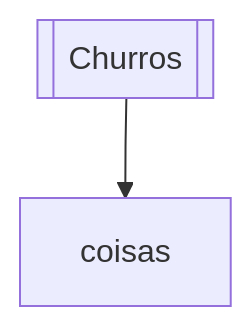
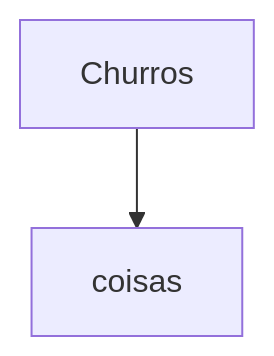
The diagram in Pão.md (LucasDiasR/Receitas), drawn with Mermaid before and after one commit.

Commit message:
Atualizar o Pão.md

````diff
--- a/Pão.md
+++ b/Pão.md
@@ -17,10 +17,9 @@
 ```mermaid
 
 flowchart TB
-a[[Churros]]
-click a "[[Churros]]"
+a[Churros]
 
 a-->b[coisas]
 
 
 ```  
````
